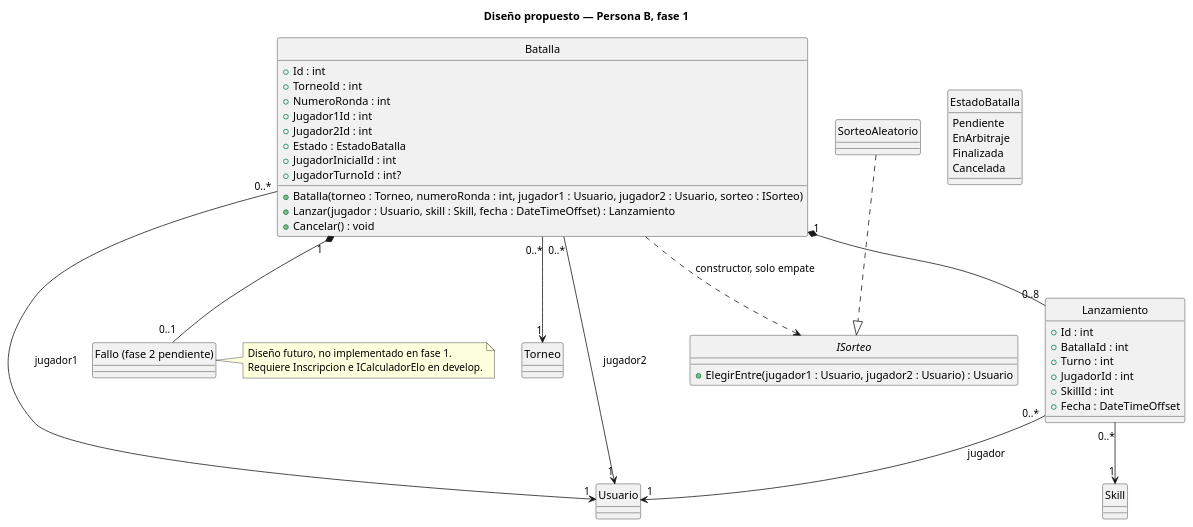
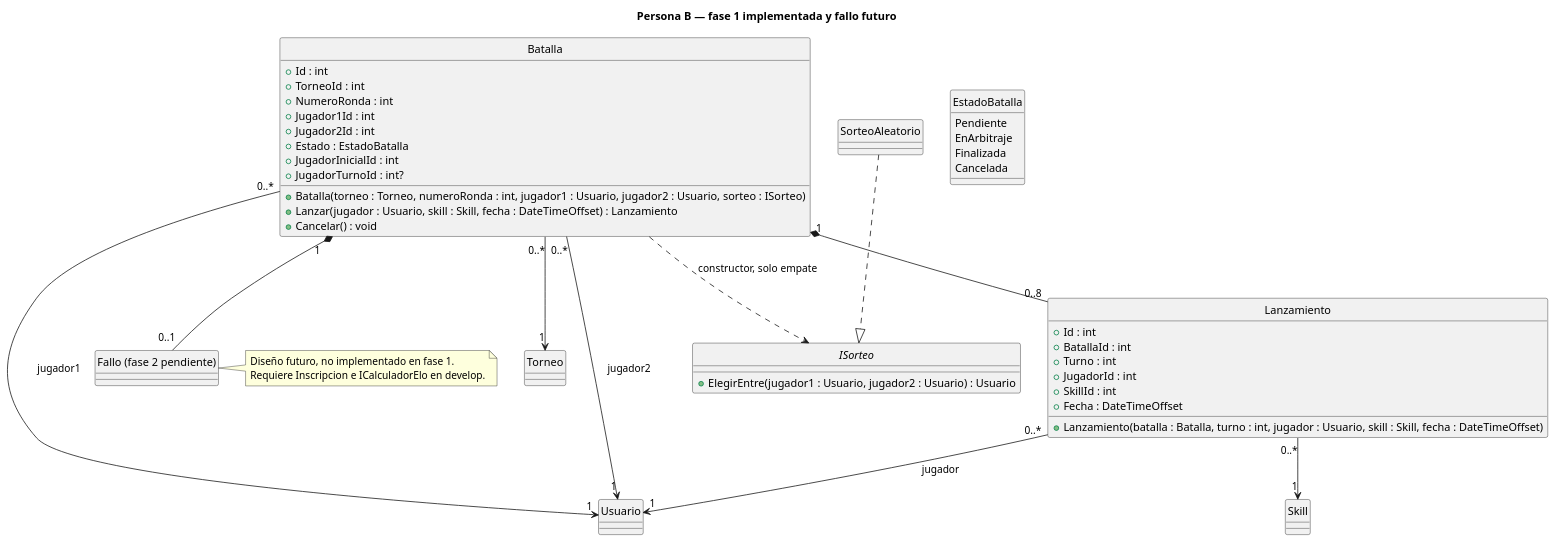
One commit to Seba0512/FarmeORT changed the diagram in docs/uml/batallas-lanzamientos.puml. Above: the diagram before and after it, drawn with PlantUML. The commit also changed 4 other files, not shown here.

```diff
--- a/docs/uml/batallas-lanzamientos.puml
+++ b/docs/uml/batallas-lanzamientos.puml
@@ -1,52 +1,53 @@
 @startuml
 hide circle
-title Diseño propuesto — Persona B, fase 1
+title Persona B — fase 1 implementada y fallo futuro
 class Batalla {
   + Id : int
   + TorneoId : int
   + NumeroRonda : int
   + Jugador1Id : int
   + Jugador2Id : int
   + Estado : EstadoBatalla
   + JugadorInicialId : int
   + JugadorTurnoId : int?
   + Batalla(torneo : Torneo, numeroRonda : int, jugador1 : Usuario, jugador2 : Usuario, sorteo : ISorteo)
   + Lanzar(jugador : Usuario, skill : Skill, fecha : DateTimeOffset) : Lanzamiento
   + Cancelar() : void
 }
 enum EstadoBatalla {
   Pendiente
   EnArbitraje
   Finalizada
   Cancelada
 }
 class Lanzamiento {
   + Id : int
   + BatallaId : int
   + Turno : int
   + JugadorId : int
   + SkillId : int
   + Fecha : DateTimeOffset
+  + Lanzamiento(batalla : Batalla, turno : int, jugador : Usuario, skill : Skill, fecha : DateTimeOffset)
 }
 interface ISorteo {
   + ElegirEntre(jugador1 : Usuario, jugador2 : Usuario) : Usuario
 }
 class SorteoAleatorio
 class Torneo
 class Usuario
 class Skill
 class "Fallo (fase 2 pendiente)" as Fallo
 Batalla "0..*" --> "1" Torneo
 Batalla "0..*" --> "1" Usuario : jugador1
 Batalla "0..*" --> "1" Usuario : jugador2
 Batalla "1" *-- "0..8" Lanzamiento
 Batalla "1" *-- "0..1" Fallo
 Lanzamiento "0..*" --> "1" Usuario : jugador
 Lanzamiento "0..*" --> "1" Skill
 Batalla ..> ISorteo : constructor, solo empate
 SorteoAleatorio ..|> ISorteo
 note right of Fallo
   Diseño futuro, no implementado en fase 1.
   Requiere Inscripcion e ICalculadorElo en develop.
 end note
 @enduml
```
